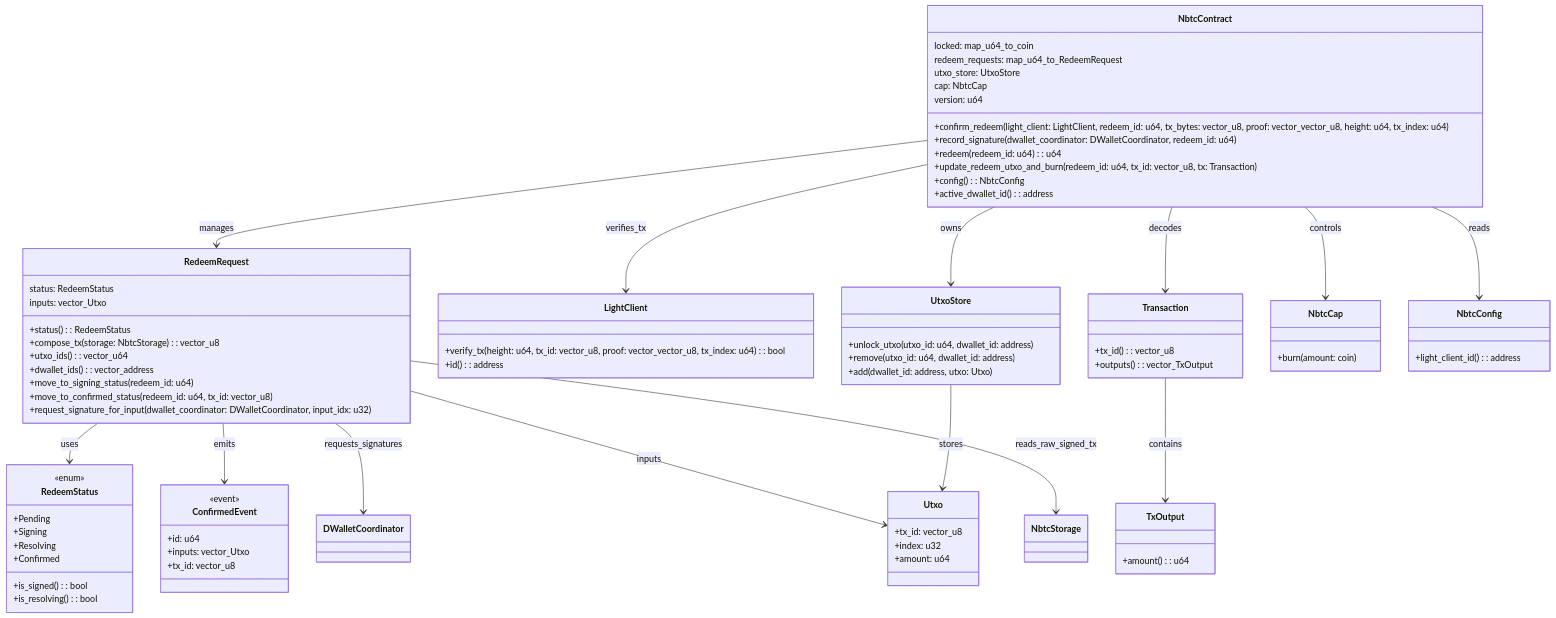
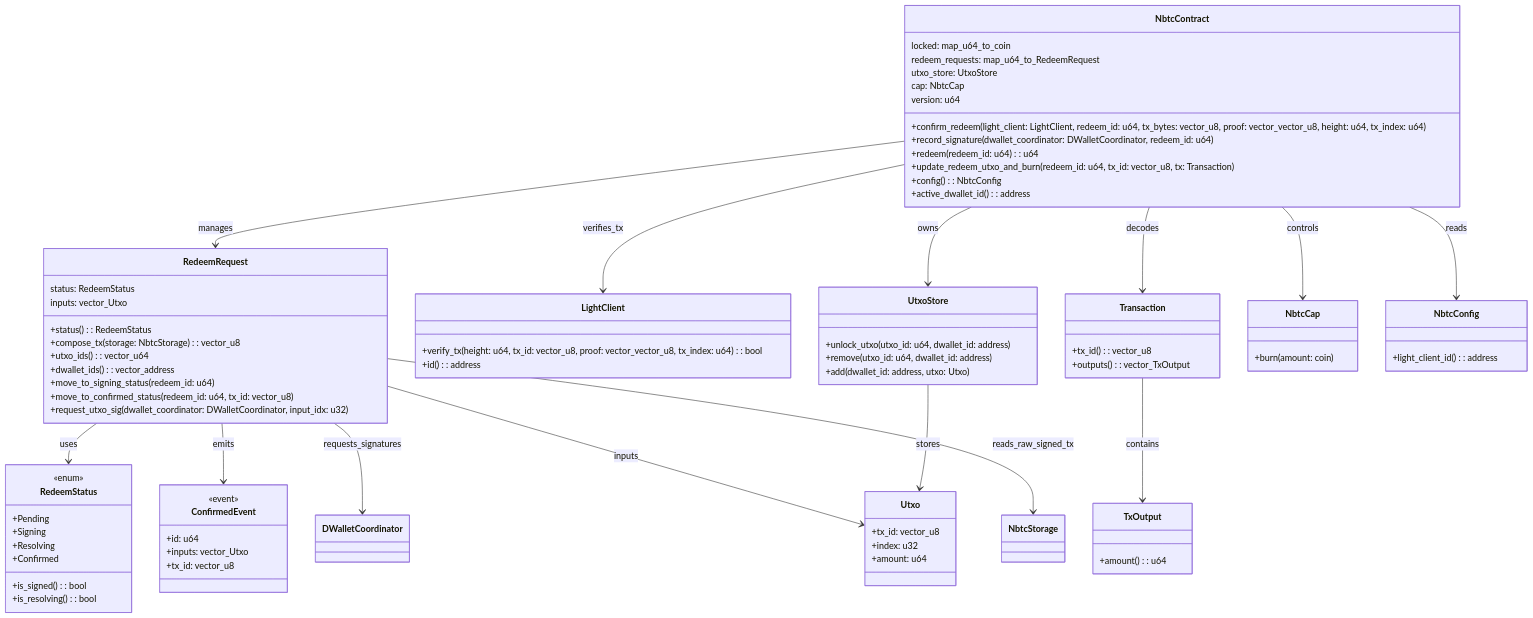
One commit to gonative-cc/sui-native changed the diagram in nBTC/README.md. Above: the diagram before and after it, drawn with Mermaid. The commit also changed 2 other files, not shown here.

Commit message:
refactor(nbtc): rename request_signature_for_input -> request_utxo_sig

```diff
--- a/nBTC/README.md
+++ b/nBTC/README.md
@@ -64,7 +64,7 @@
         +dwallet_ids(): vector_address
         +move_to_signing_status(redeem_id: u64)
         +move_to_confirmed_status(redeem_id: u64, tx_id: vector_u8)
-        +request_signature_for_input(dwallet_coordinator: DWalletCoordinator, input_idx: u32)
+        +request_utxo_sig(dwallet_coordinator: DWalletCoordinator, input_idx: u32)
     }
 
     class RedeemStatus {
```
